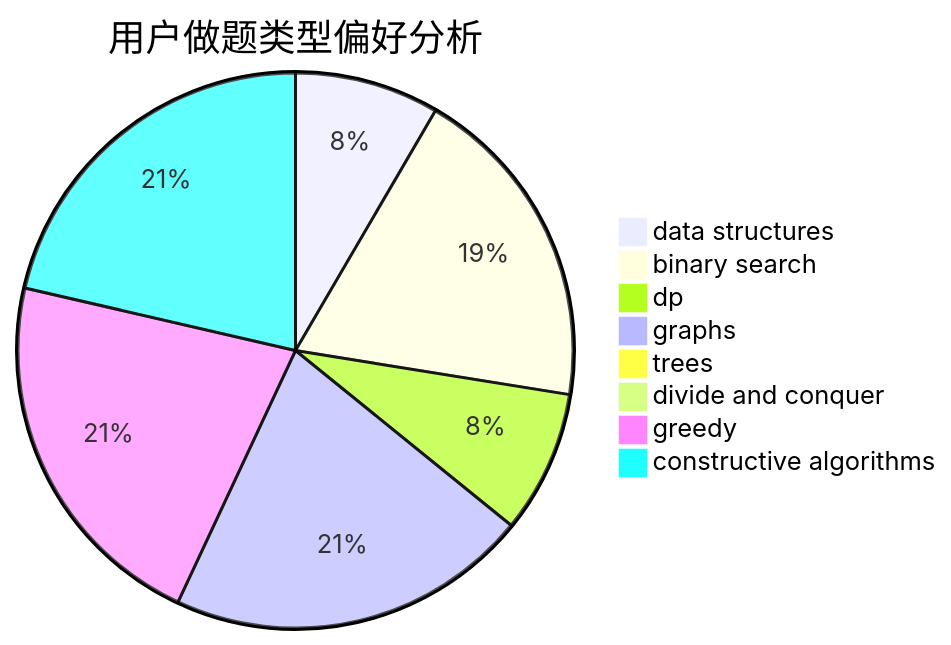
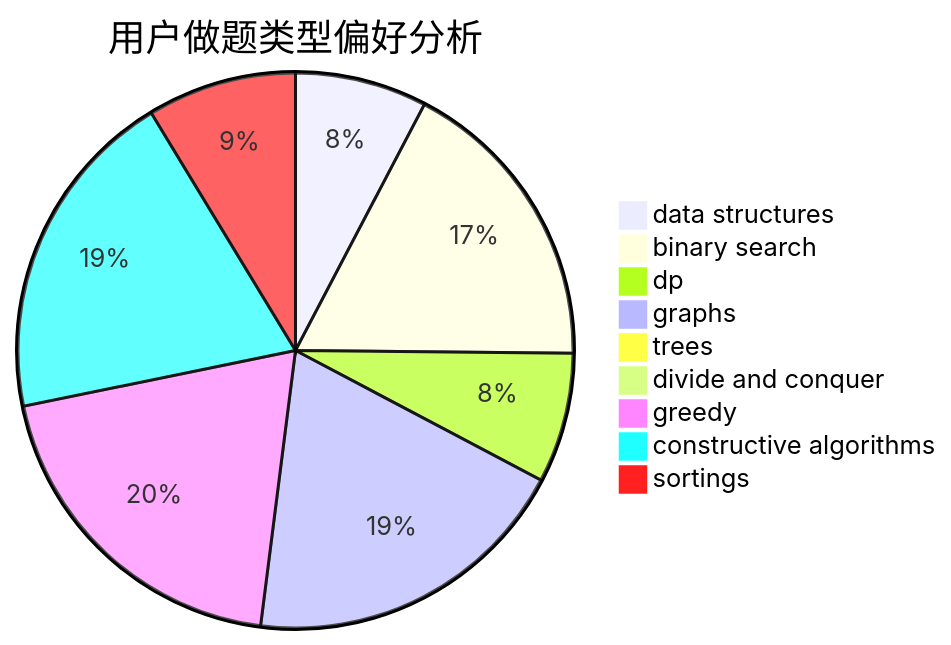
Before and after one commit to sherpahu/cfrs.github.io: the second of 3 diagrams in docs/user/u211.md, drawn with Mermaid. The commit also changed other lines of this file and 2769 other files, not shown here.

````diff
--- a/docs/user/u211.md
+++ b/docs/user/u211.md
@@ -23,11 +18,12 @@
 ```mermaid
 pie title 用户做题类型偏好分析
     "data structures" :  153
     "binary search" :  348
     "dp" :  151
     "graphs" :  384
     "trees" :  18
     "divide and conquer" :  0
     "greedy" :  394
     "constructive algorithms" :  389
+    "sortings" :  173
 ```
````
